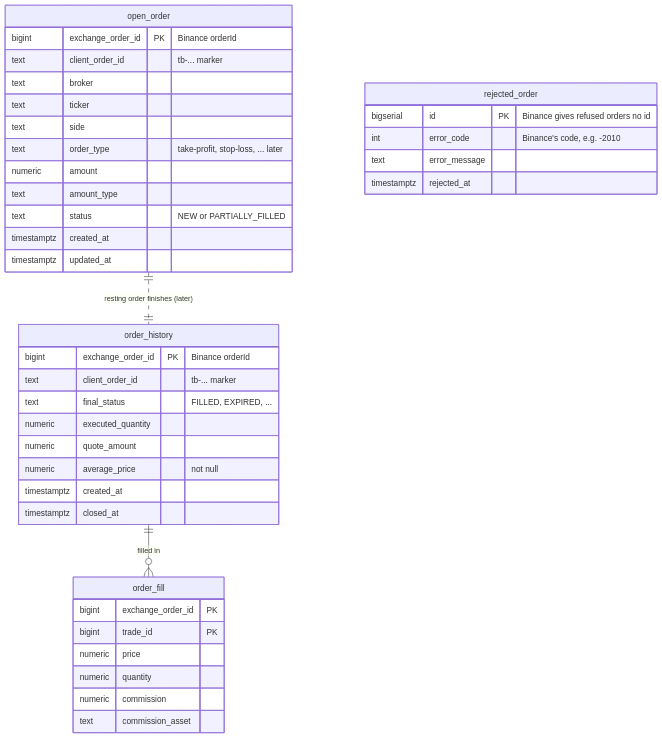
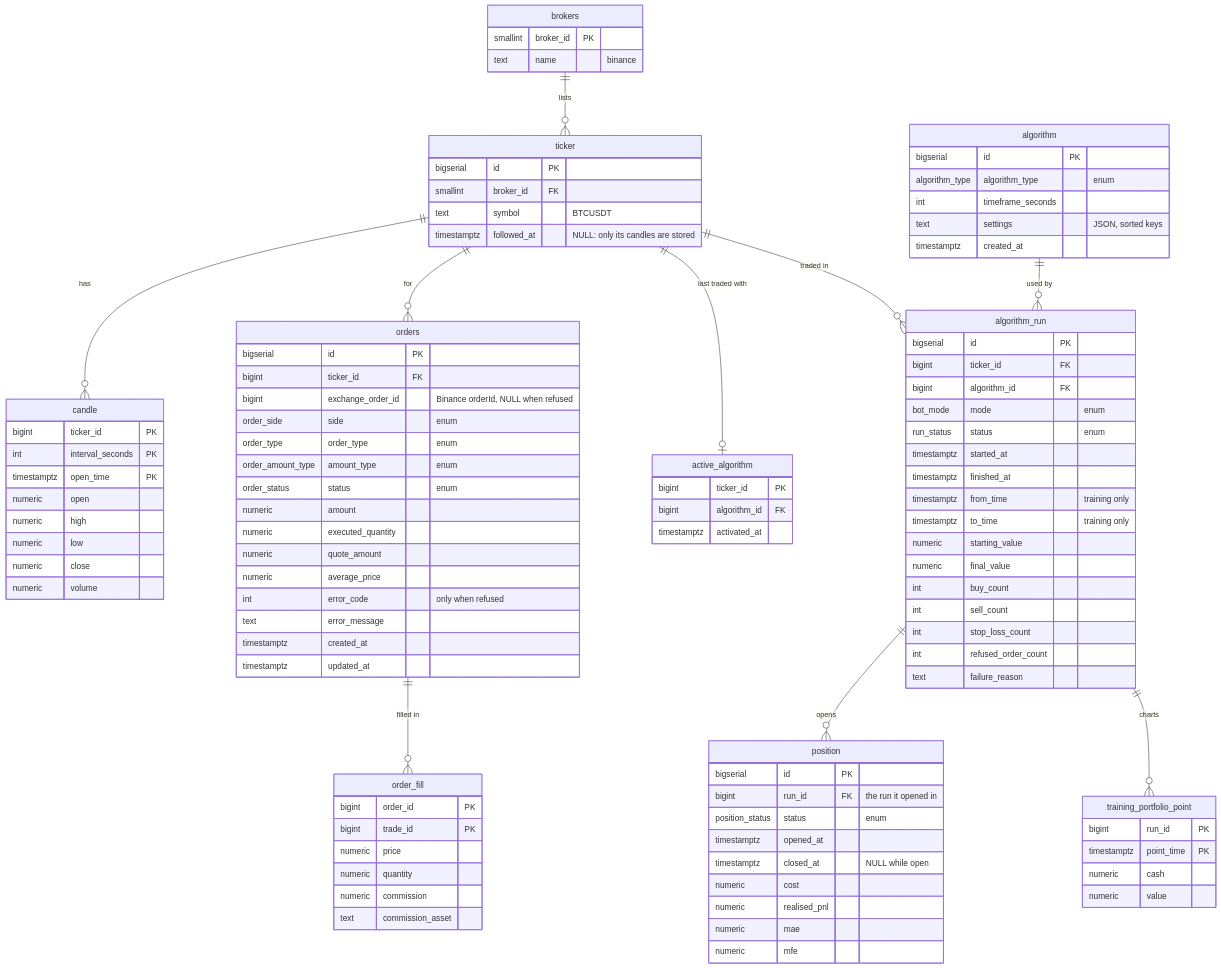
Before and after one commit to ShadowOfDiablo/t212-coding-task: diagram 20 of 29 in docs/ARCHITECTURE.md, drawn with Mermaid. The commit also changed other lines of this file and 52 other files, not shown here.

First line of the commit message:
Rewrite the database schema cleanly

````diff
--- a/docs/ARCHITECTURE.md
+++ b/docs/ARCHITECTURE.md
@@ -814,42 +769,104 @@
 ```mermaid
 erDiagram
-    open_order {
-        bigint exchange_order_id PK "Binance orderId"
-        text client_order_id "tb-... marker"
-        text broker
-        text ticker
-        text side
-        text order_type "take-profit, stop-loss, ... later"
+    brokers {
+        smallint broker_id PK
+        text name "binance"
+    }
+    ticker {
+        bigserial id PK
+        smallint broker_id FK
+        text symbol "BTCUSDT"
+        timestamptz followed_at "NULL: only its candles are stored"
+    }
+    candle {
+        bigint ticker_id PK
+        int interval_seconds PK
+        timestamptz open_time PK
+        numeric open
+        numeric high
+        numeric low
+        numeric close
+        numeric volume
+    }
+    algorithm {
+        bigserial id PK
+        algorithm_type algorithm_type "enum"
+        int timeframe_seconds
+        text settings "JSON, sorted keys"
+        timestamptz created_at
+    }
+    algorithm_run {
+        bigserial id PK
+        bigint ticker_id FK
+        bigint algorithm_id FK
+        bot_mode mode "enum"
+        run_status status "enum"
+        timestamptz started_at
+        timestamptz finished_at
+        timestamptz from_time "training only"
+        timestamptz to_time "training only"
+        numeric starting_value
+        numeric final_value
+        int buy_count
+        int sell_count
+        int stop_loss_count
+        int refused_order_count
+        text failure_reason
+    }
+    training_portfolio_point {
+        bigint run_id PK
+        timestamptz point_time PK
+        numeric cash
+        numeric value
+    }
+    active_algorithm {
+        bigint ticker_id PK
+        bigint algorithm_id FK
+        timestamptz activated_at
+    }
+    position {
+        bigserial id PK
+        bigint run_id FK "the run it opened in"
+        position_status status "enum"
+        timestamptz opened_at
+        timestamptz closed_at "NULL while open"
+        numeric cost
+        numeric realised_pnl
+        numeric mae
+        numeric mfe
+    }
+    orders {
+        bigserial id PK
+        bigint ticker_id FK
+        bigint exchange_order_id "Binance orderId, NULL when refused"
+        order_side side "enum"
+        order_type order_type "enum"
+        order_amount_type amount_type "enum"
+        order_status status "enum"
         numeric amount
-        text amount_type
-        text status "NEW or PARTIALLY_FILLED"
+        numeric executed_quantity
+        numeric quote_amount
+        numeric average_price
+        int error_code "only when refused"
+        text error_message
         timestamptz created_at
         timestamptz updated_at
     }
-    order_history {
-        bigint exchange_order_id PK "Binance orderId"
-        text client_order_id "tb-... marker"
-        text final_status "FILLED, EXPIRED, ..."
-        numeric executed_quantity
-        numeric quote_amount
-        numeric average_price "not null"
-        timestamptz created_at
-        timestamptz closed_at
-    }
-    rejected_order {
-        bigserial id PK "Binance gives refused orders no id"
-        int error_code "Binance's code, e.g. -2010"
-        text error_message
-        timestamptz rejected_at
-    }
     order_fill {
-        bigint exchange_order_id PK
+        bigint order_id PK
         bigint trade_id PK
         numeric price
         numeric quantity
         numeric commission
         text commission_asset
     }
-    order_history ||--o{ order_fill : "filled in"
-    open_order ||..|| order_history : "resting order finishes (later)"
+    brokers ||--o{ ticker : "lists"
+    ticker ||--o{ candle : "has"
+    ticker ||--o{ algorithm_run : "traded in"
+    ticker ||--o| active_algorithm : "last traded with"
+    ticker ||--o{ orders : "for"
+    algorithm ||--o{ algorithm_run : "used by"
+    algorithm_run ||--o{ training_portfolio_point : "charts"
+    algorithm_run ||--o{ position : "opens"
+    orders ||--o{ order_fill : "filled in"
 ```
````
